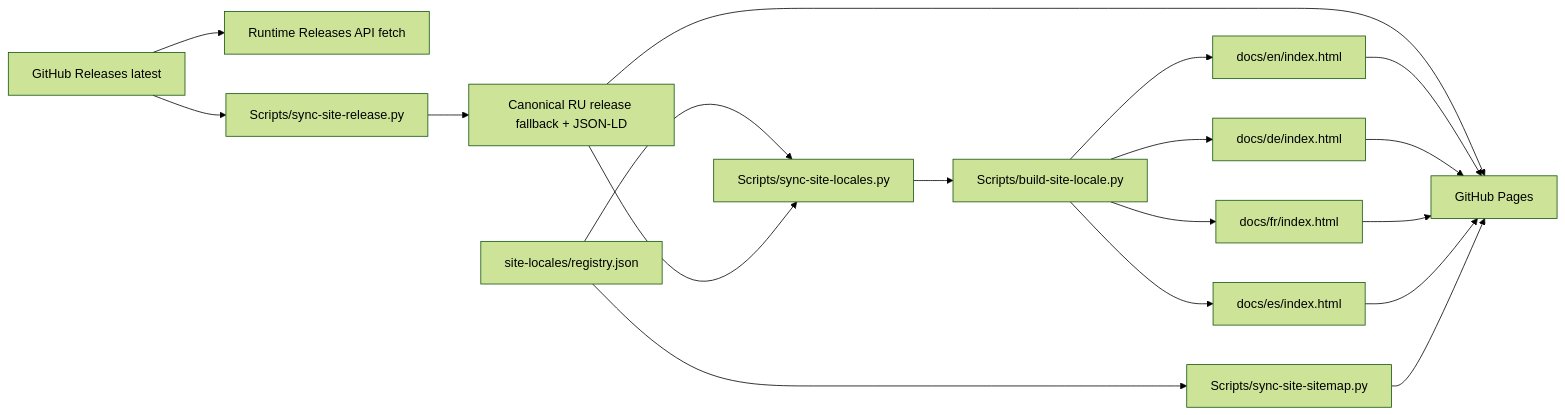
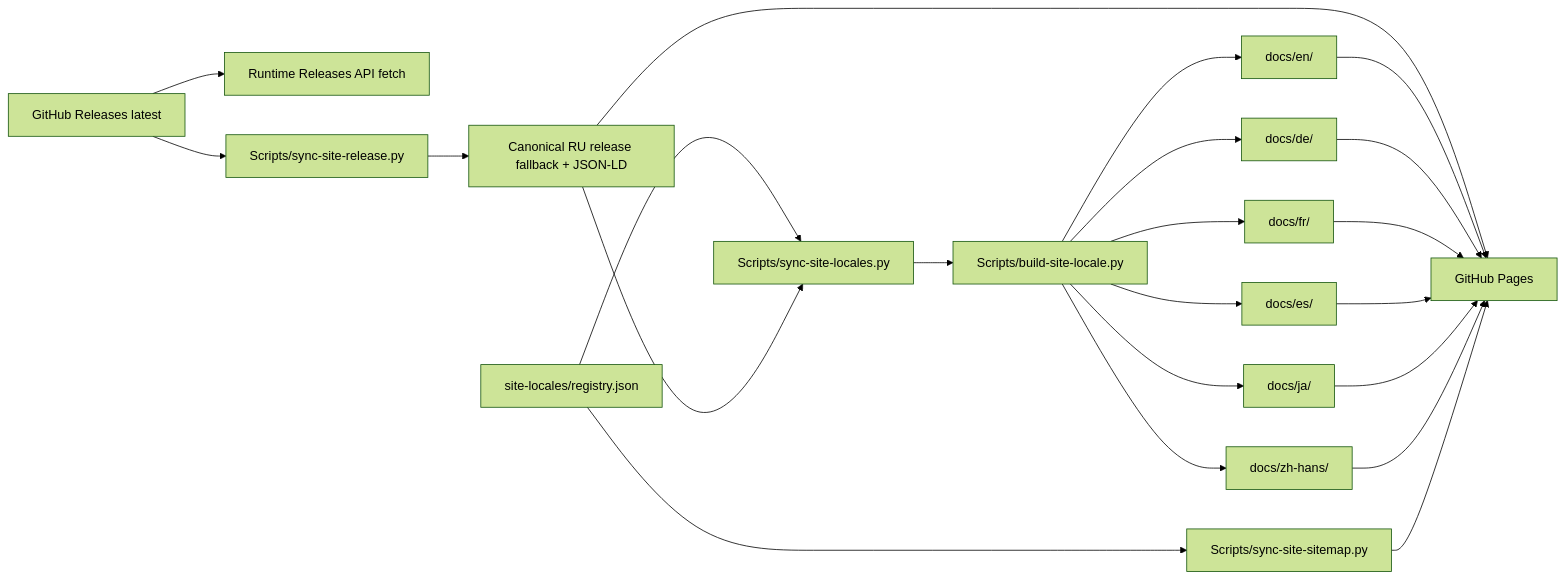
One commit to TumanovNV/impuls changed the diagram in knowledge-base/07-web/website.md. Above: the diagram before and after it, drawn with Mermaid (forest theme). The commit also changed other lines of this file and 10 other files, not shown here.

````diff
--- a/knowledge-base/07-web/website.md
+++ b/knowledge-base/07-web/website.md
@@ -100,20 +102,24 @@
 ```mermaid
 flowchart LR
     REG[site-locales/registry.json] --> LOC[Scripts/sync-site-locales.py]
     REG --> MAP[Scripts/sync-site-sitemap.py]
     GH[GitHub Releases latest] --> JS[Runtime Releases API fetch]
     GH --> REL[Scripts/sync-site-release.py]
     REL --> RU[Canonical RU release fallback + JSON-LD]
     RU --> LOC
     LOC --> GEN[Scripts/build-site-locale.py]
-    GEN --> EN[docs/en/index.html]
-    GEN --> DE[docs/de/index.html]
-    GEN --> FR[docs/fr/index.html]
-    GEN --> ES[docs/es/index.html]
+    GEN --> EN[docs/en/]
+    GEN --> DE[docs/de/]
+    GEN --> FR[docs/fr/]
+    GEN --> ES[docs/es/]
+    GEN --> JA[docs/ja/]
+    GEN --> ZH[docs/zh-hans/]
     RU --> PAGE[GitHub Pages]
     EN --> PAGE
     DE --> PAGE
     FR --> PAGE
     ES --> PAGE
+    JA --> PAGE
+    ZH --> PAGE
     MAP --> PAGE
 ```
````
